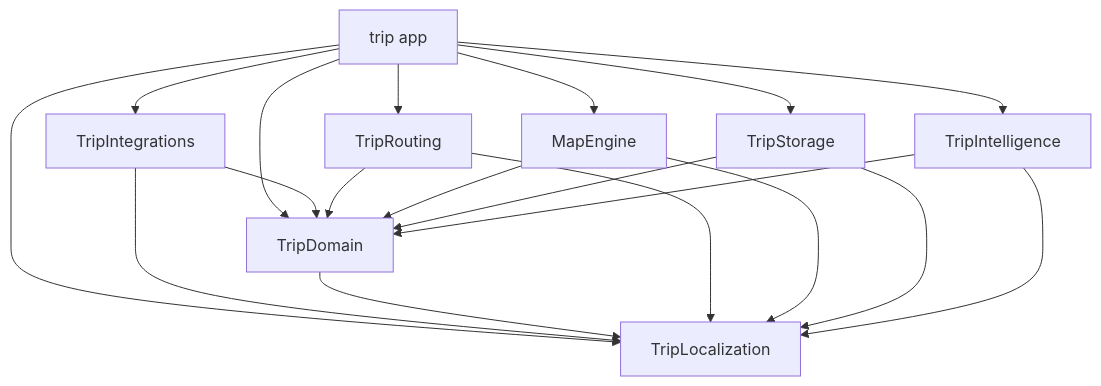
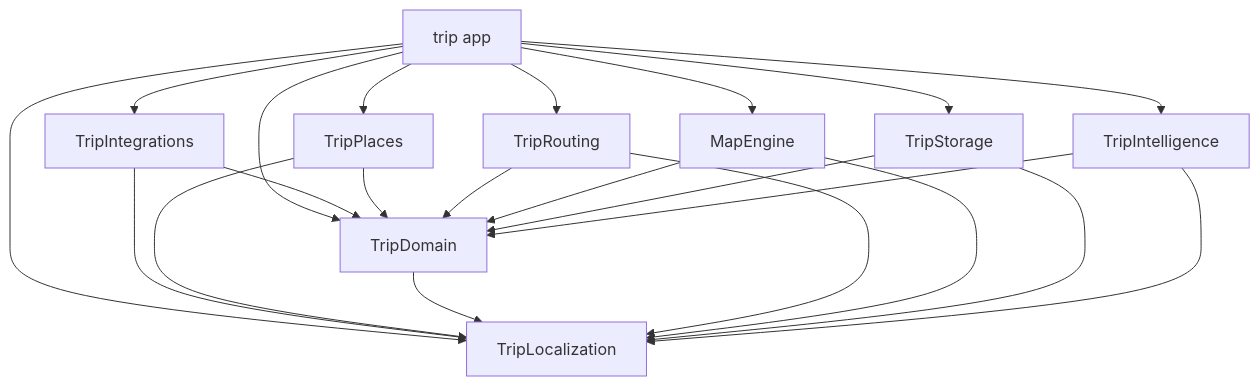
One commit to yathishbl60/trip changed the diagram in ARCHITECTURE.md. Above: the diagram before and after it, drawn with Mermaid. The commit also changed other lines of this file and 173 other files, not shown here.

````diff
--- a/ARCHITECTURE.md
+++ b/ARCHITECTURE.md
@@ -45,21 +46,24 @@
 ```mermaid
 graph TD
     App[trip app] --> Localization[TripLocalization]
     App --> Domain[TripDomain]
+    App --> Places[TripPlaces]
     App --> Routing[TripRouting]
     App --> Map[MapEngine]
     App --> Storage[TripStorage]
     App --> Intelligence[TripIntelligence]
     App --> Integrations[TripIntegrations]
     Integrations --> Domain
     Integrations --> Localization
+    Places --> Domain
+    Places --> Localization
     Routing --> Domain
     Map --> Domain
     Storage --> Domain
     Intelligence --> Domain
     Domain --> Localization
     Routing --> Localization
     Map --> Localization
     Storage --> Localization
     Intelligence --> Localization
 ```
````
